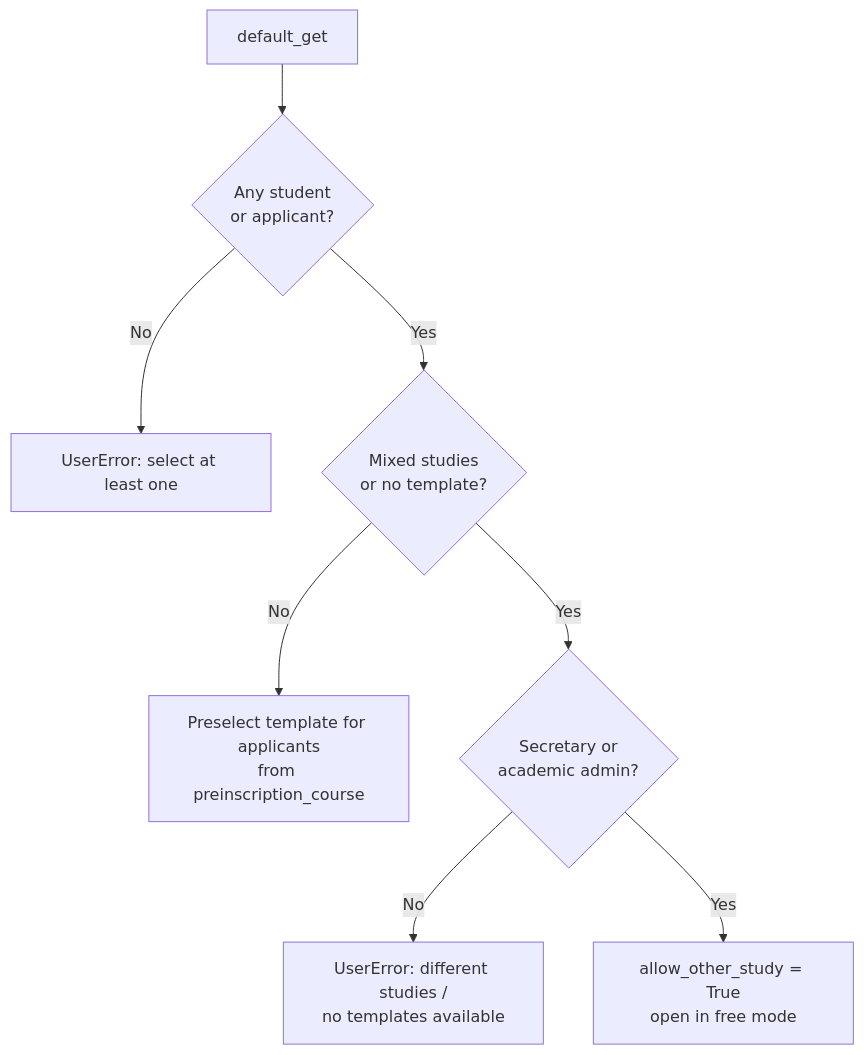
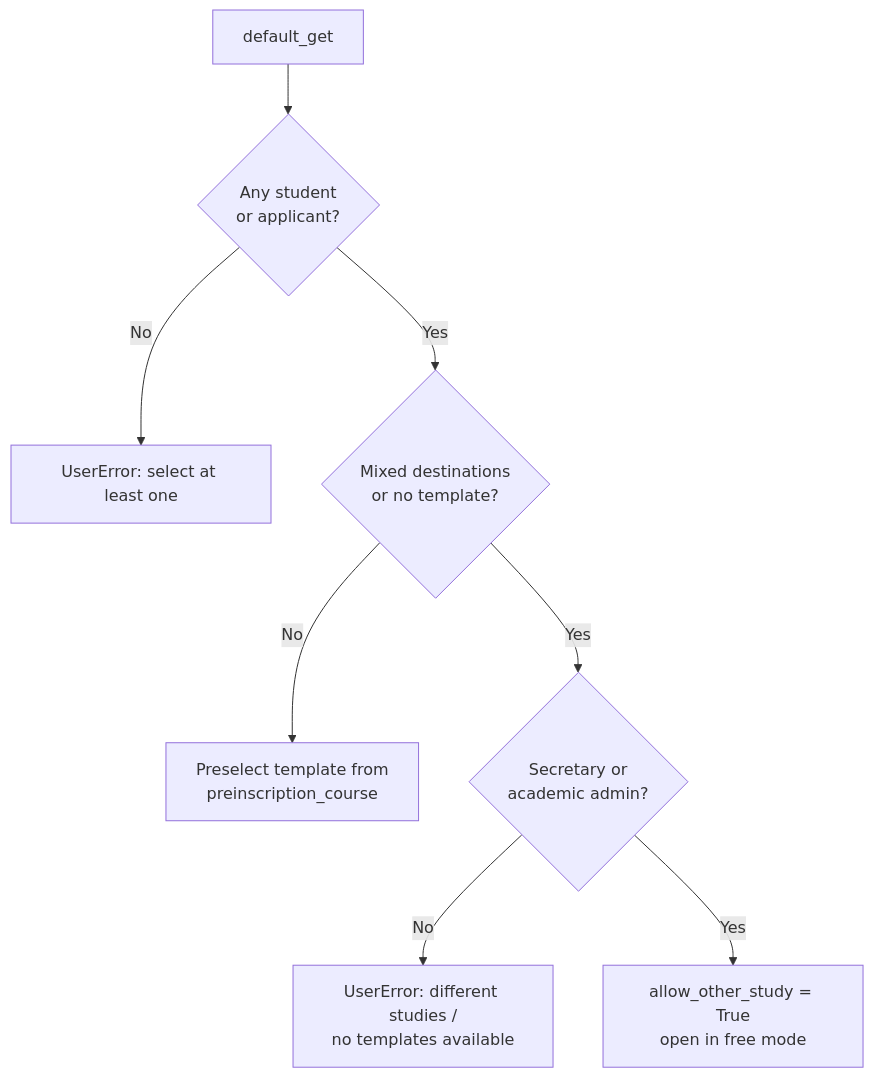
The second of 2 diagrams in docs/en/developers/enrollment/enrollment_proposal_wizard.md (ElPuig/EMS), drawn with Mermaid before and after one commit. The commit also changed other lines of this file and 19 other files, not shown here.

````diff
--- a/docs/en/developers/enrollment/enrollment_proposal_wizard.md
+++ b/docs/en/developers/enrollment/enrollment_proposal_wizard.md
@@ -56,10 +70,10 @@
 ```mermaid
 flowchart TD
     A[default_get] --> B{Any student<br/>or applicant?}
     B -->|No| C[UserError: select at least one]
-    B -->|Yes| D{Mixed studies<br/>or no template?}
-    D -->|No| E[Preselect template for applicants<br/>from preinscription_course]
+    B -->|Yes| D{Mixed destinations<br/>or no template?}
+    D -->|No| E[Preselect template from<br/>preinscription_course]
     D -->|Yes| F{Secretary or<br/>academic admin?}
     F -->|No| G[UserError: different studies /<br/>no templates available]
     F -->|Yes| H[allow_other_study = True<br/>open in free mode]
 ```
````
